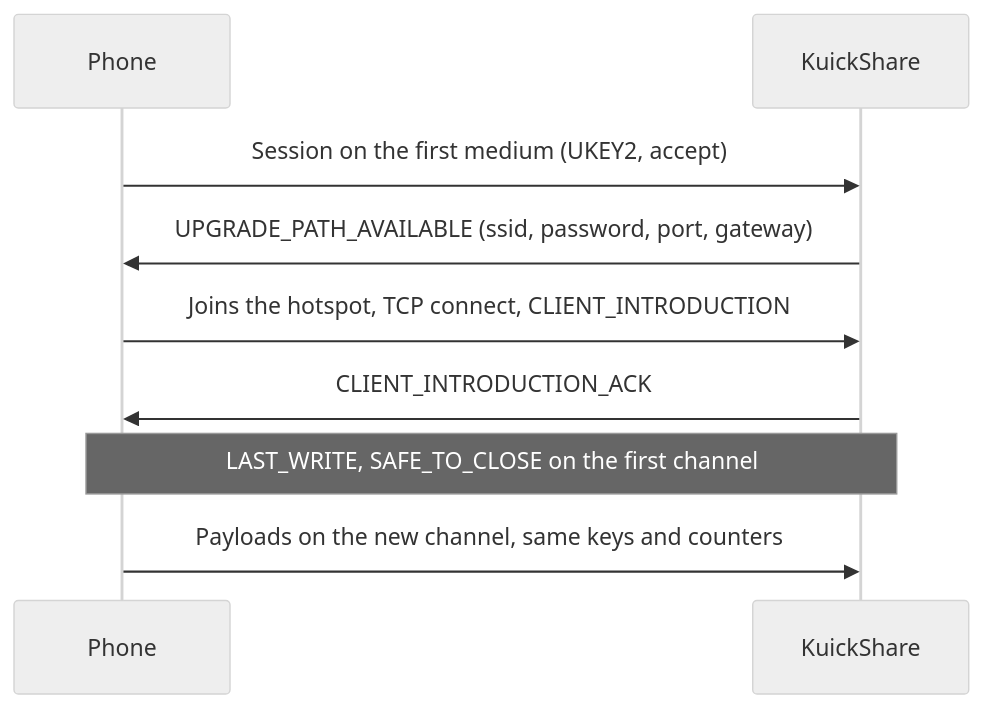
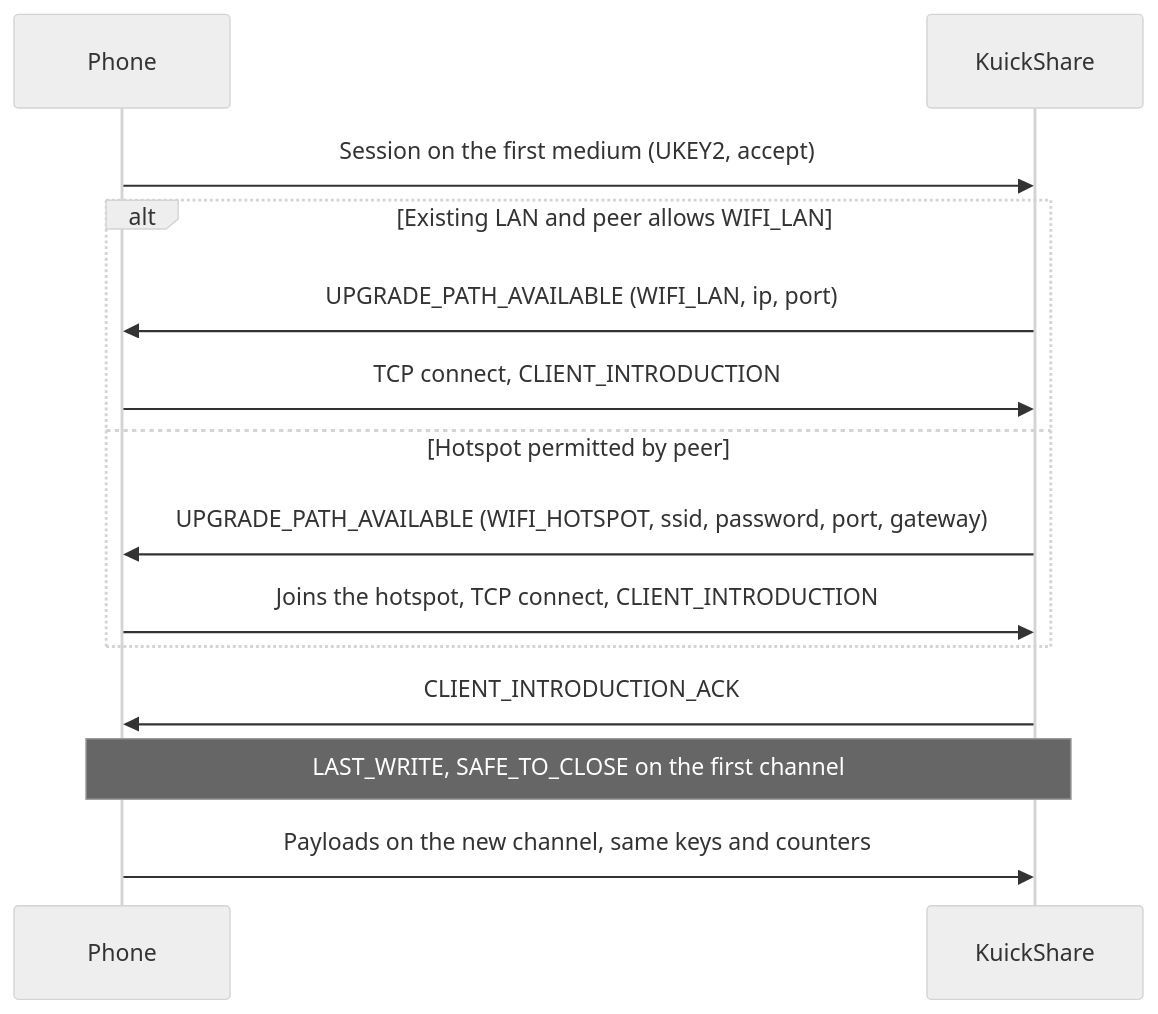
One commit to the-beper/KuickShare changed the diagram in docs/wifi-direct.md. Above: the diagram before and after it, drawn with Mermaid (neutral theme). The commit also changed other lines of this file and 18 other files, not shown here.

````diff
--- a/docs/wifi-direct.md
+++ b/docs/wifi-direct.md
@@ -27,11 +27,16 @@
 ```mermaid
 sequenceDiagram
     participant P as Phone
     participant C as KuickShare
     P->>C: Session on the first medium (UKEY2, accept)
-    C->>P: UPGRADE_PATH_AVAILABLE (ssid, password, port, gateway)
-    P->>C: Joins the hotspot, TCP connect, CLIENT_INTRODUCTION
+    alt Existing LAN and peer allows WIFI_LAN
+        C->>P: UPGRADE_PATH_AVAILABLE (WIFI_LAN, ip, port)
+        P->>C: TCP connect, CLIENT_INTRODUCTION
+    else Hotspot permitted by peer
+        C->>P: UPGRADE_PATH_AVAILABLE (WIFI_HOTSPOT, ssid, password, port, gateway)
+        P->>C: Joins the hotspot, TCP connect, CLIENT_INTRODUCTION
+    end
     C->>P: CLIENT_INTRODUCTION_ACK
     Note over P,C: LAST_WRITE, SAFE_TO_CLOSE on the first channel
     P->>C: Payloads on the new channel, same keys and counters
 ```
````
